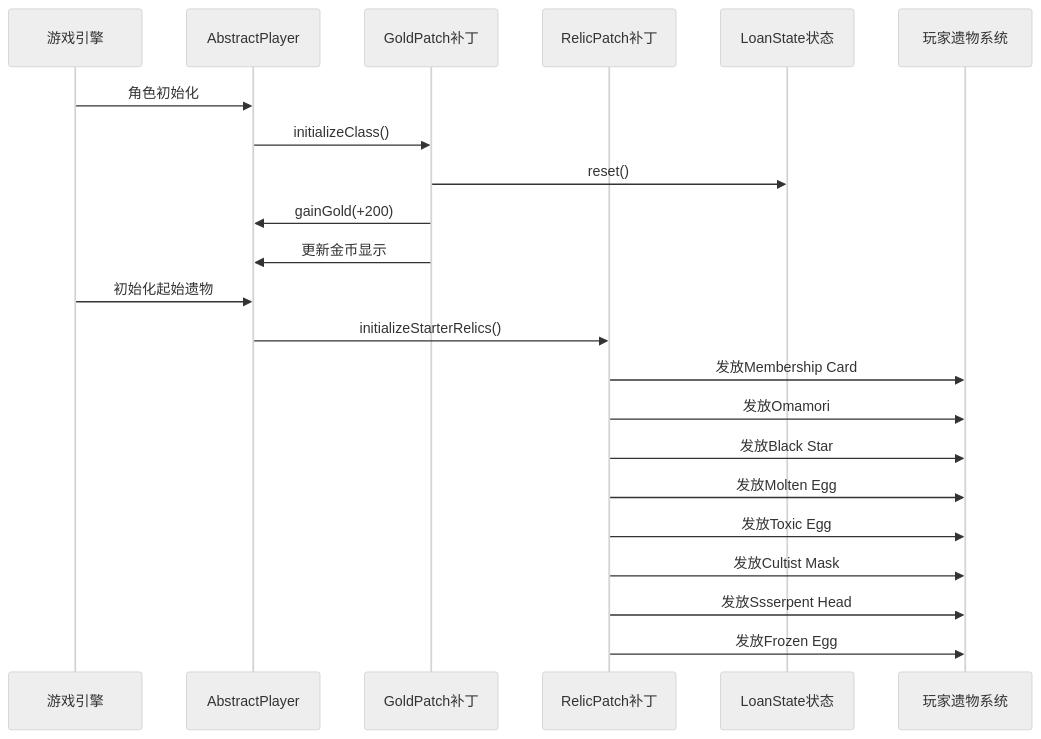
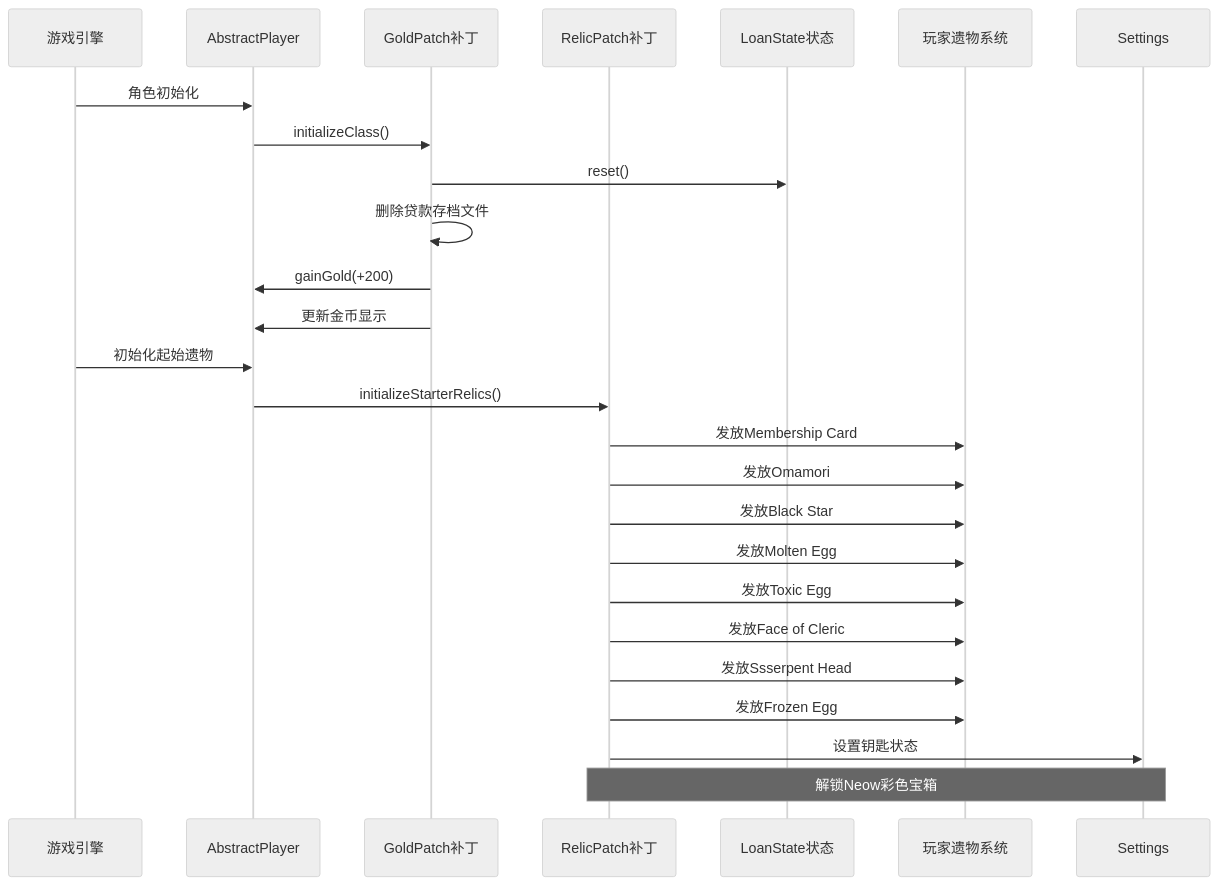
The second of 8 diagrams in .qoder/repowiki/zh/content/核心功能/初始资源增益系统.md (StephenZhuang/SpireMod), drawn with Mermaid (neutral theme) before and after one commit. The commit also changed other lines of this file and 35 other files, not shown here.

````diff
--- a/.qoder/repowiki/zh/content/核心功能/初始资源增益系统.md
+++ b/.qoder/repowiki/zh/content/核心功能/初始资源增益系统.md
@@ -113,24 +125,27 @@
 ```mermaid
 sequenceDiagram
 participant Game as 游戏引擎
 participant Player as AbstractPlayer
 participant GoldPatch as GoldPatch补丁
 participant RelicPatch as RelicPatch补丁
 participant LoanState as LoanState状态
 participant PlayerRelics as 玩家遗物系统
 Game->>Player : 角色初始化
 Player->>GoldPatch : initializeClass()
 GoldPatch->>LoanState : reset()
+GoldPatch->>GoldPatch : 删除贷款存档文件
 GoldPatch->>Player : gainGold(+200)
 GoldPatch->>Player : 更新金币显示
 Game->>Player : 初始化起始遗物
 Player->>RelicPatch : initializeStarterRelics()
 RelicPatch->>PlayerRelics : 发放Membership Card
 RelicPatch->>PlayerRelics : 发放Omamori
 RelicPatch->>PlayerRelics : 发放Black Star
 RelicPatch->>PlayerRelics : 发放Molten Egg
 RelicPatch->>PlayerRelics : 发放Toxic Egg
-RelicPatch->>PlayerRelics : 发放Cultist Mask
+RelicPatch->>PlayerRelics : 发放Face of Cleric
 RelicPatch->>PlayerRelics : 发放Ssserpent Head
 RelicPatch->>PlayerRelics : 发放Frozen Egg
+RelicPatch->>Settings : 设置钥匙状态
+Note over RelicPatch,Settings : 解锁Neow彩色宝箱
 ```
````
